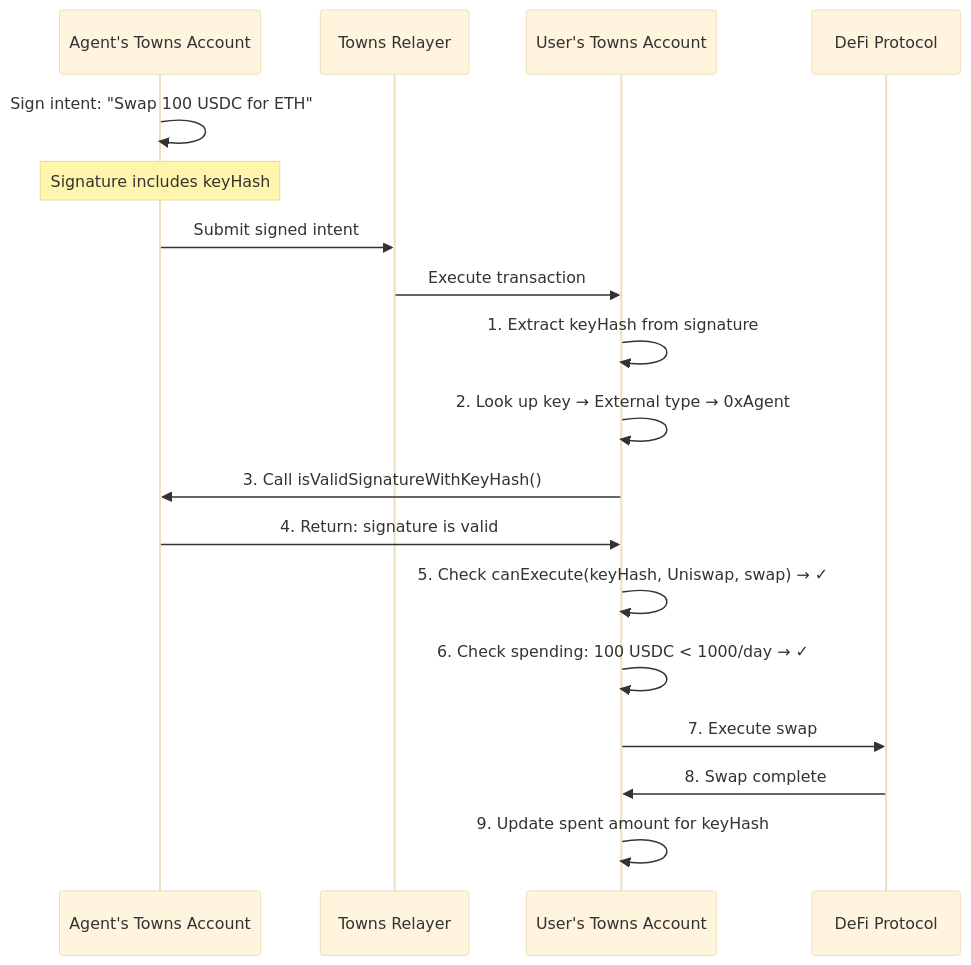
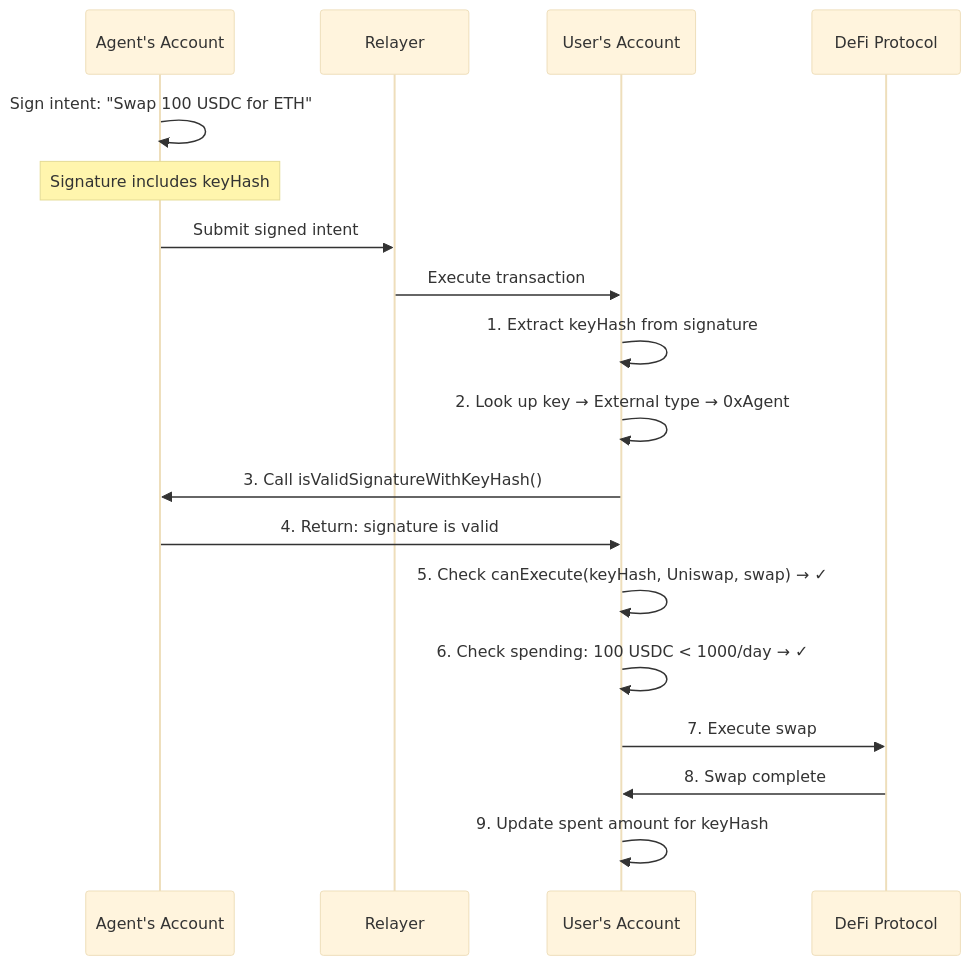
Before and after one commit to nublai/payments: the third of 3 diagrams in packages/relayer/docs/INTRO.md, drawn with Mermaid (base theme). The commit also changed other lines of this file and 163 other files, not shown here.

First line of the commit message:
Rename TownsAccount to Account and drop Towns branding.

````diff
--- a/packages/relayer/docs/INTRO.md
+++ b/packages/relayer/docs/INTRO.md
@@ -297,21 +297,21 @@
 ```mermaid
 sequenceDiagram
-    participant Agent as Agent's Towns Account
-    participant Relayer as Towns Relayer
-    participant User as User's Towns Account
+    participant Agent as Agent's Account
+    participant Relayer as Relayer
+    participant User as User's Account
     participant DeFi as DeFi Protocol
 
     Agent->>Agent: Sign intent: "Swap 100 USDC for ETH"
     Note over Agent: Signature includes keyHash
     Agent->>Relayer: Submit signed intent
     Relayer->>User: Execute transaction
     User->>User: 1. Extract keyHash from signature
     User->>User: 2. Look up key → External type → 0xAgent
     User->>Agent: 3. Call isValidSignatureWithKeyHash()
     Agent->>User: 4. Return: signature is valid
     User->>User: 5. Check canExecute(keyHash, Uniswap, swap) → ✓
     User->>User: 6. Check spending: 100 USDC < 1000/day → ✓
     User->>DeFi: 7. Execute swap
     DeFi->>User: 8. Swap complete
     User->>User: 9. Update spent amount for keyHash
 ```
````
